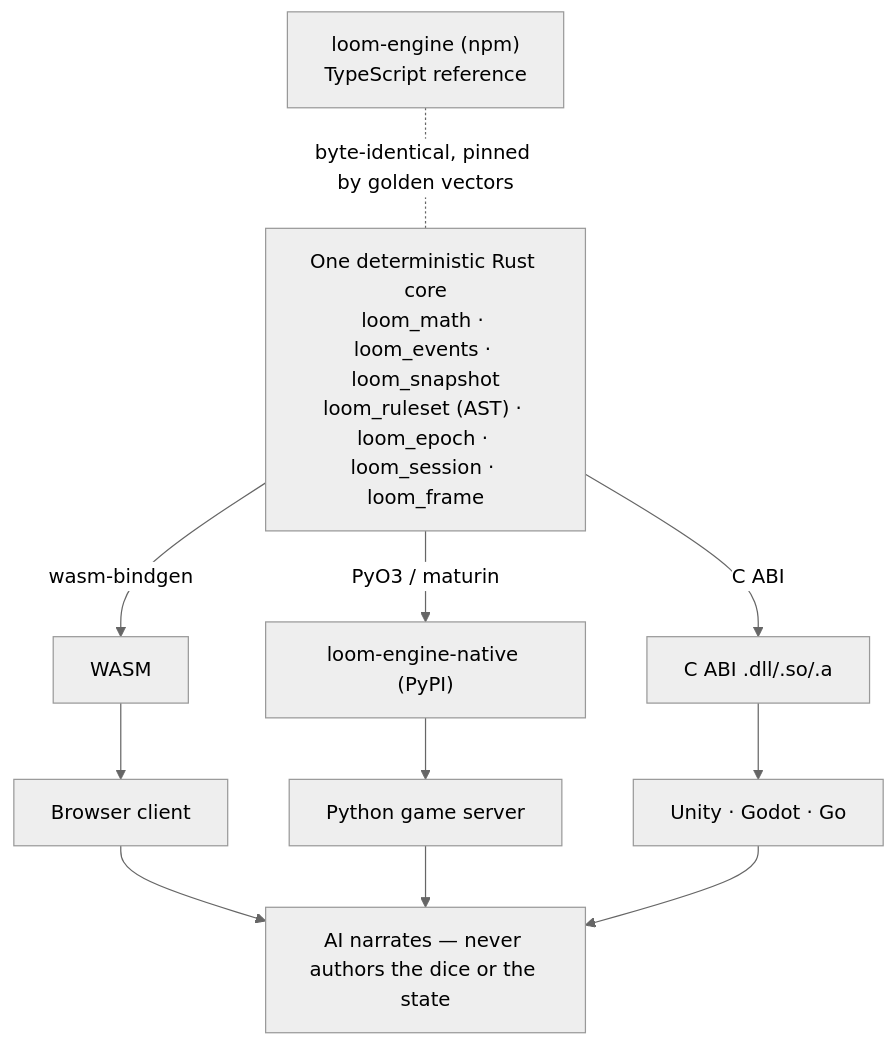
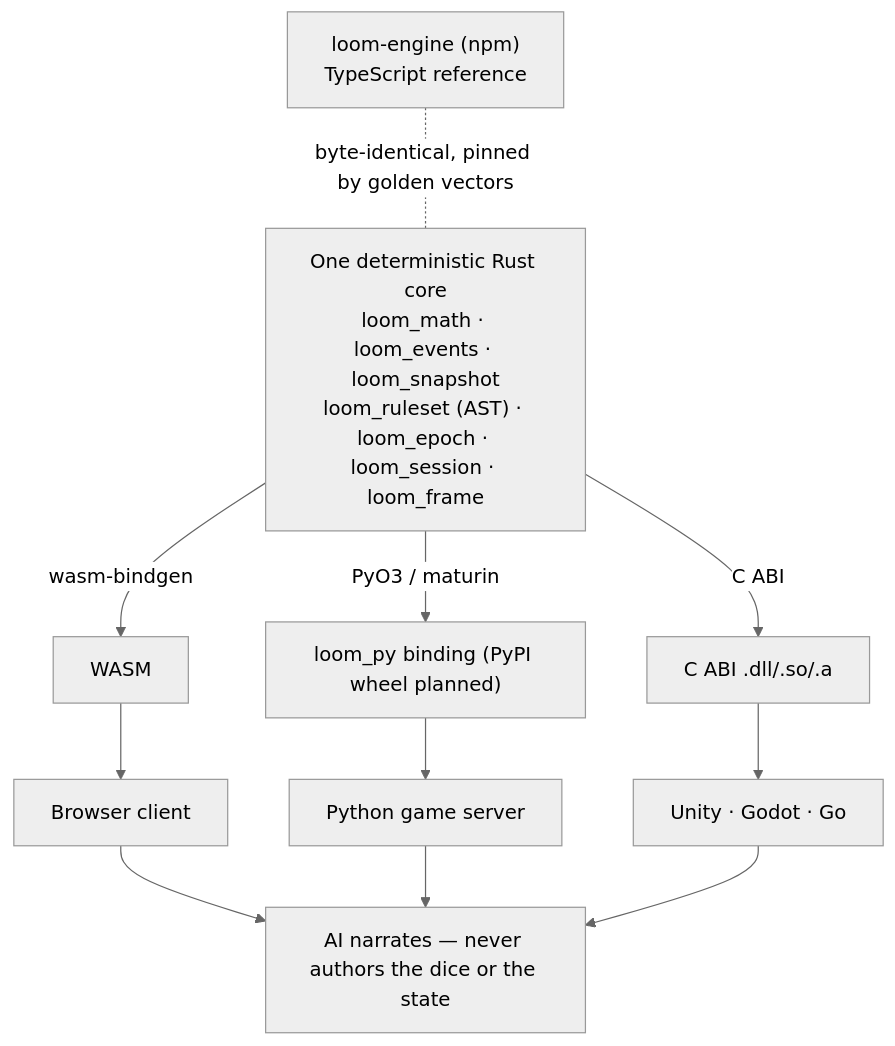
Before and after one commit to sadhaka/loom-engine: the diagram in README.md, drawn with Mermaid (neutral theme). The commit also changed other lines of this file and 2 other files, not shown here.

````diff
--- a/README.md
+++ b/README.md
@@ -40,12 +42,12 @@
 ```mermaid
 flowchart TD
   CORE["One deterministic Rust core<br/>loom_math · loom_events · loom_snapshot<br/>loom_ruleset (AST) · loom_epoch · loom_session · loom_frame"]
   TS["loom-engine (npm)<br/>TypeScript reference"]
   CORE -->|wasm-bindgen| WASM["WASM"] --> B["Browser client"]
-  CORE -->|PyO3 / maturin| PY["loom-engine-native (PyPI)"] --> SV["Python game server"]
+  CORE -->|PyO3 / maturin| PY["loom_py binding (PyPI wheel planned)"] --> SV["Python game server"]
   CORE -->|C ABI| CA["C ABI .dll/.so/.a"] --> NT["Unity · Godot · Go"]
   TS -. "byte-identical, pinned by golden vectors" .- CORE
   B --> AI["AI narrates — never authors the dice or the state"]
   SV --> AI
   NT --> AI
 ```
````
